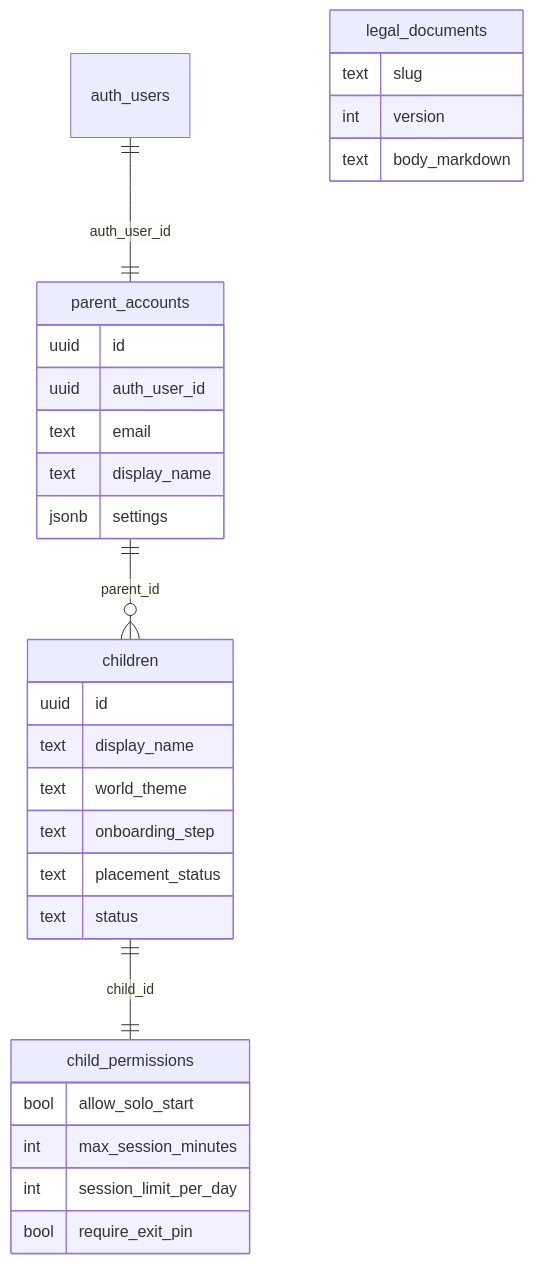
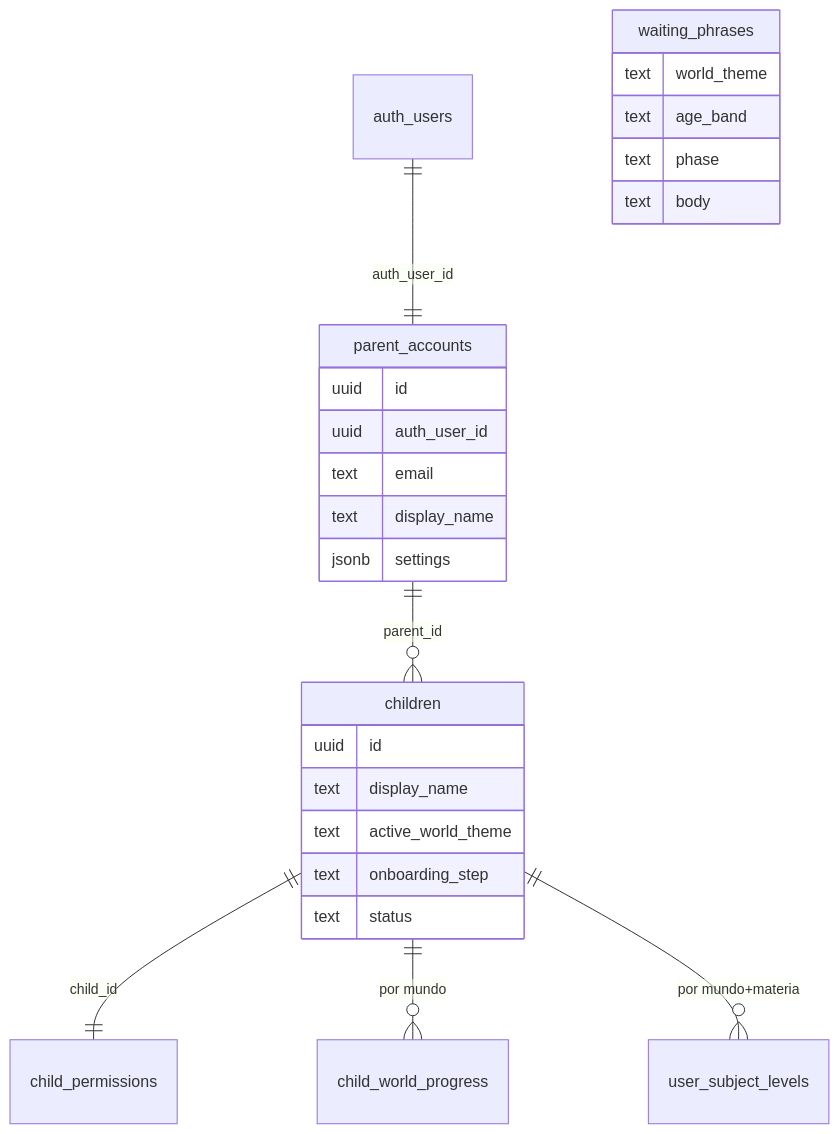
The third of 3 diagrams in .cursor/diagrams/05-data-auth-model.md (KuiperBelt-PRO/kidepik), drawn with Mermaid before and after one commit. The commit also changed other lines of this file and 101 other files, not shown here.

````diff
--- a/.cursor/diagrams/05-data-auth-model.md
+++ b/.cursor/diagrams/05-data-auth-model.md
@@ -26,32 +53,28 @@
 ```mermaid
 erDiagram
   auth_users ||--|| parent_accounts : "auth_user_id"
   parent_accounts ||--o{ children : "parent_id"
   children ||--|| child_permissions : "child_id"
-  legal_documents {
-    text slug
-    int version
-    text body_markdown
+  children ||--o{ child_world_progress : "por mundo"
+  children ||--o{ user_subject_levels : "por mundo+materia"
+  waiting_phrases {
+    text world_theme
+    text age_band
+    text phase
+    text body
   }
   parent_accounts {
     uuid id
     uuid auth_user_id
     text email
     text display_name
     jsonb settings
   }
   children {
     uuid id
     text display_name
-    text world_theme
+    text active_world_theme
     text onboarding_step
-    text placement_status
     text status
   }
-  child_permissions {
-    bool allow_solo_start
-    int max_session_minutes
-    int session_limit_per_day
-    bool require_exit_pin
-  }
 ```
````
